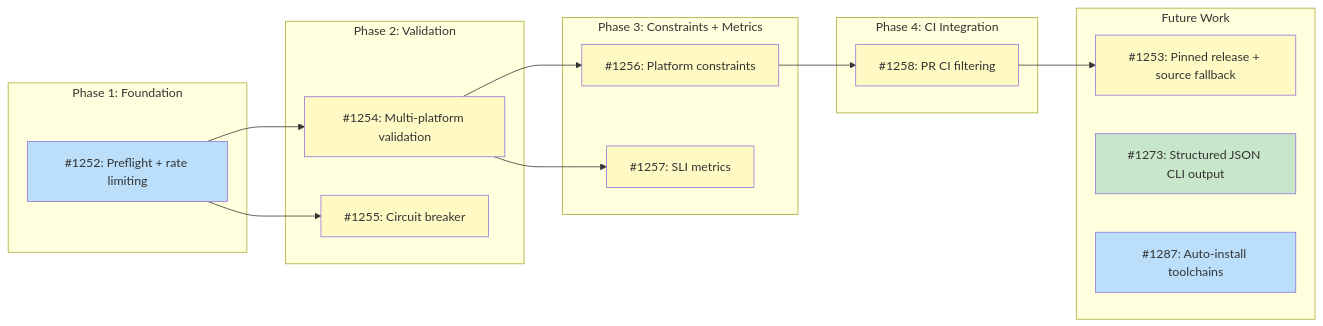
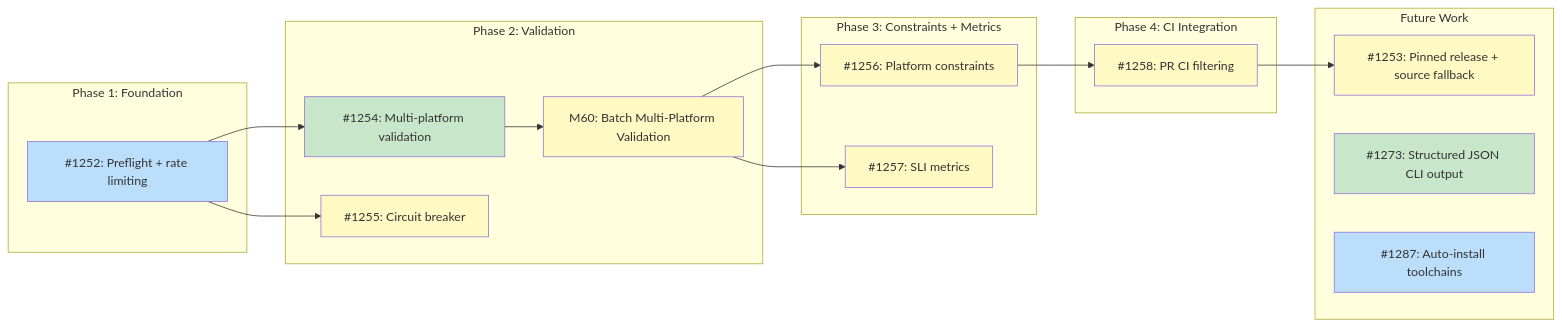
The diagram in docs/designs/DESIGN-batch-recipe-generation.md (tsukumogami/tsuku), drawn with Mermaid before and after one commit. The commit also changed other lines of this file, not shown here.

Commit message:
docs(design): update batch recipe generation for M60 dependency
Mark #1254 as done (superseded by DESIGN-batch-platform-validation and
its milestone M60). Update #1256 and #1257 to depend on M60 instead
of #1254 directly, since the new milestone covers the validation
infrastructure they need.

````diff
--- a/docs/designs/DESIGN-batch-recipe-generation.md
+++ b/docs/designs/DESIGN-batch-recipe-generation.md
@@ -32,44 +32,46 @@
 ```mermaid
 graph LR
     subgraph Phase1["Phase 1: Foundation"]
         I1252["#1252: Preflight + rate limiting"]
     end
 
     subgraph Phase2["Phase 2: Validation"]
         I1254["#1254: Multi-platform validation"]
         I1255["#1255: Circuit breaker"]
+        M60["M60: Batch Multi-Platform Validation"]
     end
 
     subgraph Phase3["Phase 3: Constraints + Metrics"]
         I1256["#1256: Platform constraints"]
         I1257["#1257: SLI metrics"]
     end
 
     subgraph Phase4["Phase 4: CI Integration"]
         I1258["#1258: PR CI filtering"]
     end
 
     subgraph Future["Future Work"]
         I1253["#1253: Pinned release + source fallback"]
         I1273["#1273: Structured JSON CLI output"]
         I1287["#1287: Auto-install toolchains"]
     end
 
     I1252 --> I1254
     I1252 --> I1255
-    I1254 --> I1256
-    I1254 --> I1257
+    I1254 --> M60
+    M60 --> I1256
+    M60 --> I1257
     I1256 --> I1258
     I1258 --> I1253
 
     classDef done fill:#c8e6c9
     classDef ready fill:#bbdefb
     classDef blocked fill:#fff9c4
     classDef needsDesign fill:#e1bee7
 
     class I1252 ready
     class I1253 blocked
-    class I1273 done
+    class I1254,I1273 done
     class I1287 ready
-    class I1254,I1255,I1256,I1257,I1258 blocked
+    class M60,I1255,I1256,I1257,I1258 blocked
 ```
````
